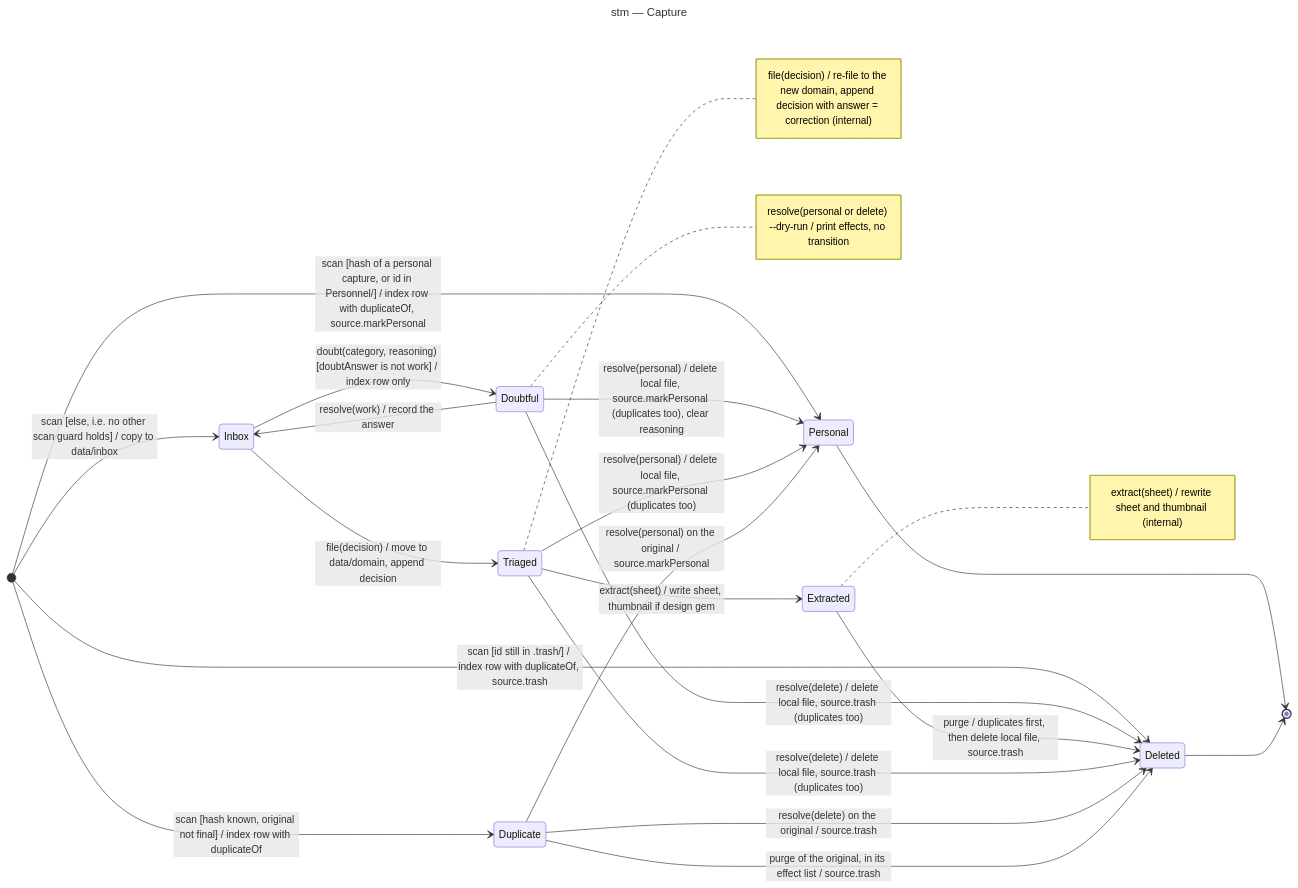
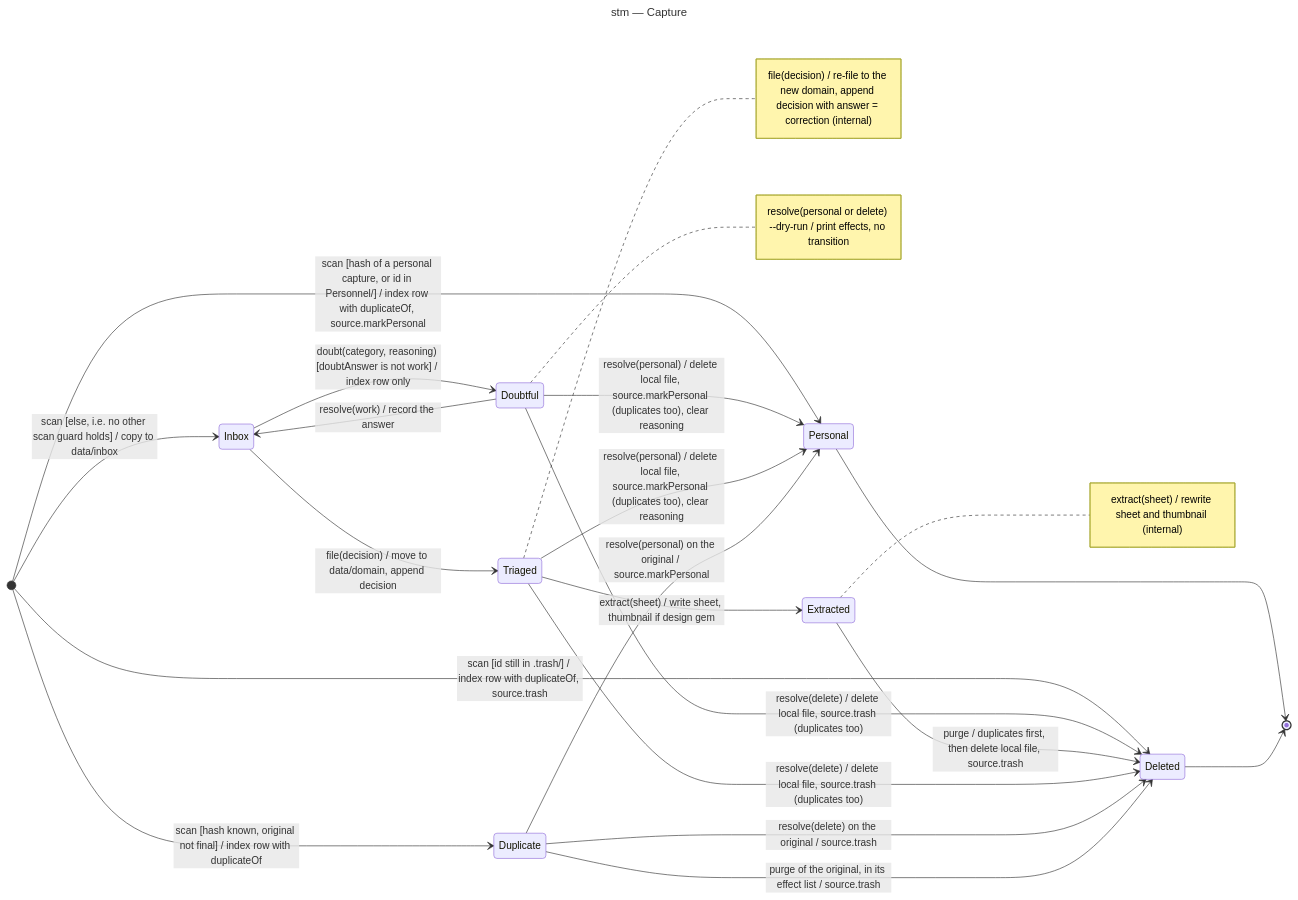
One commit to benoit-bremaud/screenshot-triage changed the diagram in docs/architecture/diagrams/triage/05-state-capture.md. Above: the diagram before and after it, drawn with Mermaid. The commit also changed 8 other files, not shown here.

First line of the commit message:
docs(extract/architecture): fix review round 2 findings

````diff
--- a/docs/architecture/diagrams/triage/05-state-capture.md
+++ b/docs/architecture/diagrams/triage/05-state-capture.md
@@ -13,34 +13,34 @@
 ```mermaid
 ---
 title: stm — Capture
 ---
 stateDiagram-v2
   direction LR
   [*] --> Inbox: scan [else, i.e. no other scan guard holds] / copy to data/inbox
   [*] --> Duplicate: scan [hash known, original not final] / index row with duplicateOf
   [*] --> Personal: scan [hash of a personal capture, or id in Personnel/] / index row with duplicateOf, source.markPersonal
   [*] --> Deleted: scan [id still in .trash/] / index row with duplicateOf, source.trash
   Inbox --> Triaged: file(decision) / move to data/domain, append decision
   Inbox --> Doubtful: doubt(category, reasoning) [doubtAnswer is not work] / index row only
   Doubtful --> Inbox: resolve(work) / record the answer
   Doubtful --> Personal: resolve(personal) / delete local file, source.markPersonal (duplicates too), clear reasoning
   Doubtful --> Deleted: resolve(delete) / delete local file, source.trash (duplicates too)
   Triaged --> Extracted: extract(sheet) / write sheet, thumbnail if design gem
   Extracted --> Deleted: purge / duplicates first, then delete local file, source.trash
-  Triaged --> Personal: resolve(personal) / delete local file, source.markPersonal (duplicates too)
+  Triaged --> Personal: resolve(personal) / delete local file, source.markPersonal (duplicates too), clear reasoning
   Triaged --> Deleted: resolve(delete) / delete local file, source.trash (duplicates too)
   Duplicate --> Personal: resolve(personal) on the original / source.markPersonal
   Duplicate --> Deleted: resolve(delete) on the original / source.trash
   Duplicate --> Deleted: purge of the original, in its effect list / source.trash
   Personal --> [*]
   Deleted --> [*]
   note right of Triaged
     file(decision) / re-file to the new domain, append decision with answer = correction (internal)
   end note
   note right of Extracted
     extract(sheet) / rewrite sheet and thumbnail (internal)
   end note
   note right of Doubtful
     resolve(personal or delete) --dry-run / print effects, no transition
   end note
 ```
````
